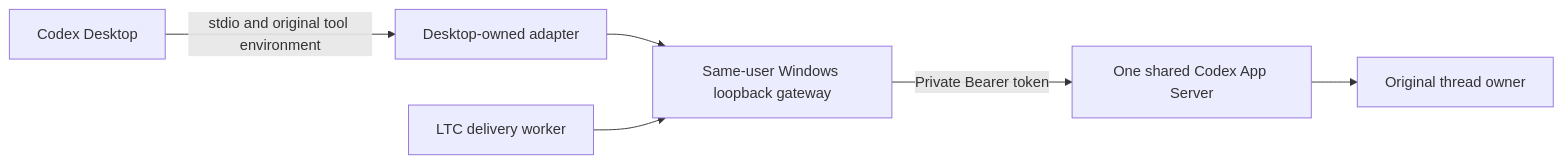
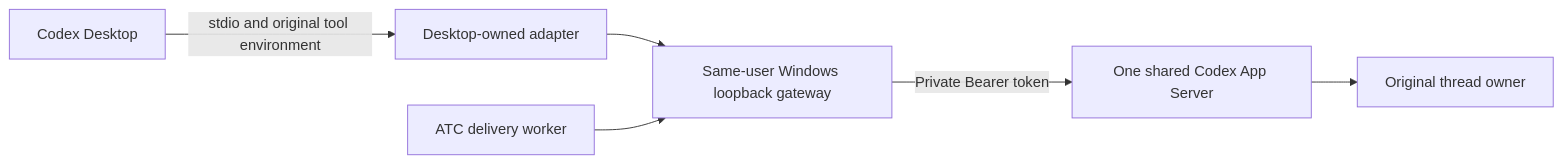
Before and after one commit to lz59970062/agent-atc: the diagram in docs/windows-desktop-bridge.md, drawn with Mermaid. The commit also changed other lines of this file and 217 other files, not shown here.

````diff
--- a/docs/windows-desktop-bridge.md
+++ b/docs/windows-desktop-bridge.md
@@ -77,8 +77,8 @@
 ```mermaid
 flowchart LR
     Desktop[Codex Desktop] -->|stdio and original tool environment| Adapter[Desktop-owned adapter]
     Adapter --> Gate[Same-user Windows loopback gateway]
-    LTC[LTC delivery worker] --> Gate
+    ATC[ATC delivery worker] --> Gate
     Gate -->|Private Bearer token| Server[One shared Codex App Server]
     Server --> Thread[Original thread owner]
 ```
````
